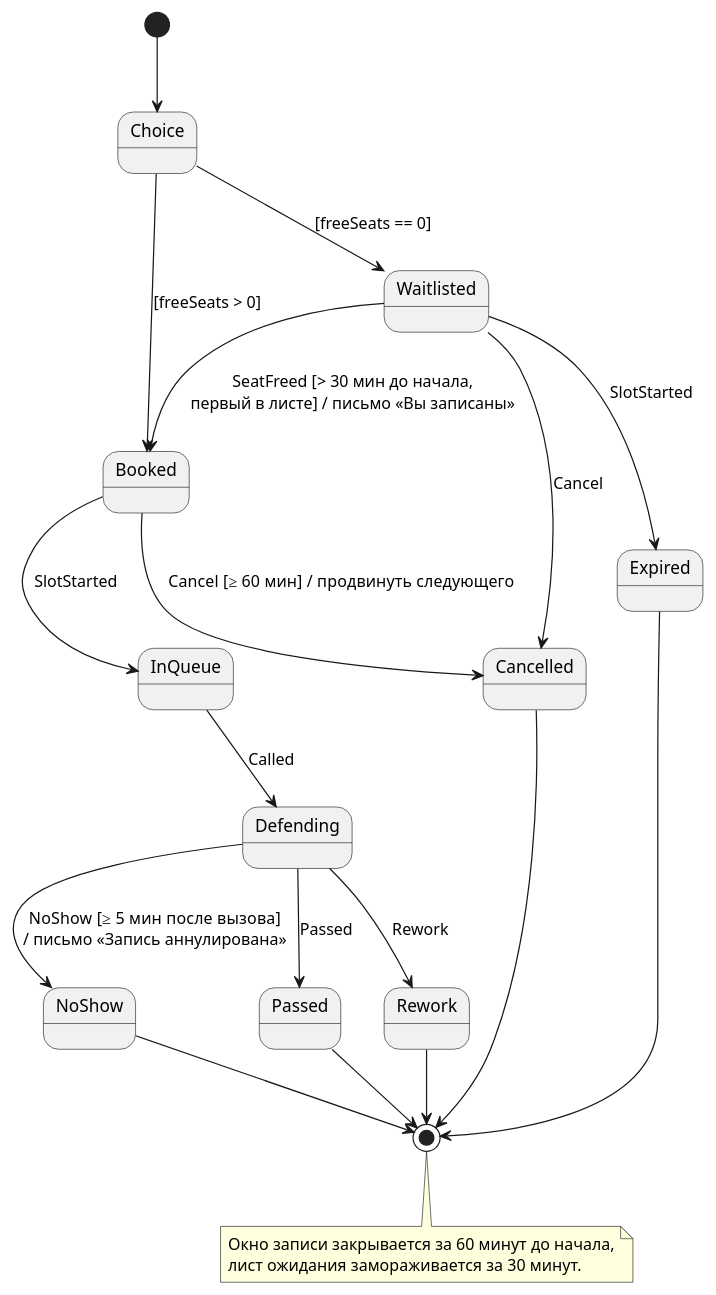
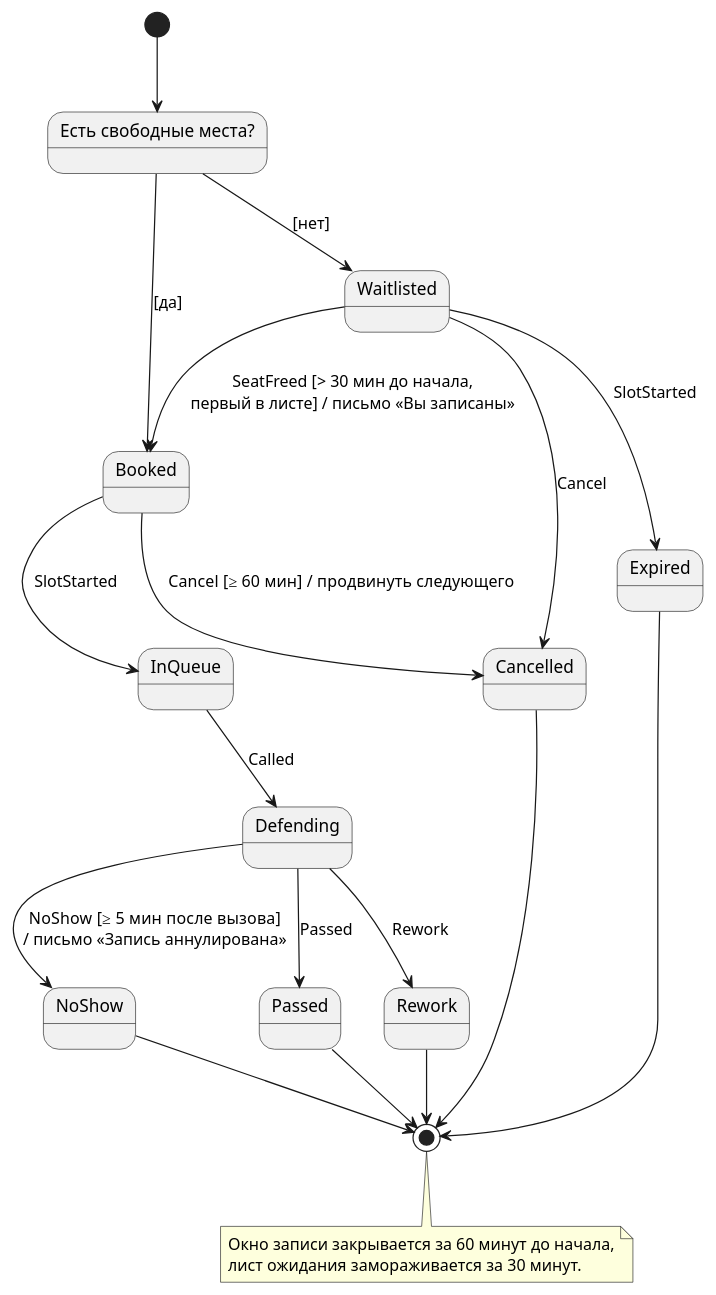
The diagram in sdd/uml/state-booking.puml (nikitarudolf/SDLC), drawn with PlantUML before and after one commit. The commit also changed 26 other files, not shown here.

Commit message:
ЛР5: оформить отчёт и обновить семь диаграмм LabQueue

```diff
--- a/sdd/uml/state-booking.puml
+++ b/sdd/uml/state-booking.puml
@@ -1,28 +1,28 @@
 @startuml uml-state-booking
-' Диаграмма состояний записи (sdd/images/uml-state-booking.png)
+' Диаграмма состояний записи (sdd/images/uml-state-booking.png); ромб выбора содержит вопрос «Есть свободные места?»
 [*] --> Choice
-state Choice <<choice>>
-Choice --> Booked : [freeSeats > 0]
-Choice --> Waitlisted : [freeSeats == 0]
+state "Есть свободные места?" as Choice <<choice>>
+Choice --> Booked : [да]
+Choice --> Waitlisted : [нет]
 
 Waitlisted --> Booked : SeatFreed [> 30 мин до начала,\nпервый в листе] / письмо «Вы записаны»
 Waitlisted --> Expired : SlotStarted
 Waitlisted --> Cancelled : Cancel
 Booked --> InQueue : SlotStarted
 Booked --> Cancelled : Cancel [≥ 60 мин] / продвинуть следующего
 InQueue --> Defending : Called
 Defending --> Passed : Passed
 Defending --> Rework : Rework
 Defending --> NoShow : NoShow [≥ 5 мин после вызова]\n/ письмо «Запись аннулирована»
 
 Passed --> [*]
 Rework --> [*]
 NoShow --> [*]
 Cancelled --> [*]
 Expired --> [*]
 
 note bottom
   Окно записи закрывается за 60 минут до начала,
   лист ожидания замораживается за 30 минут.
 end note
 @enduml
```
